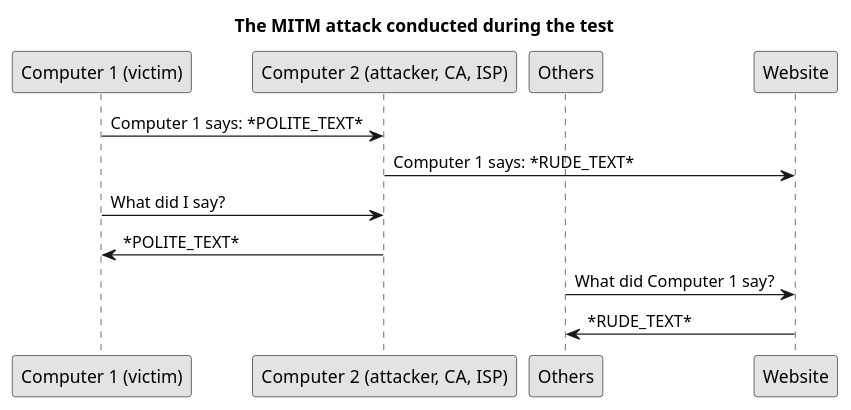
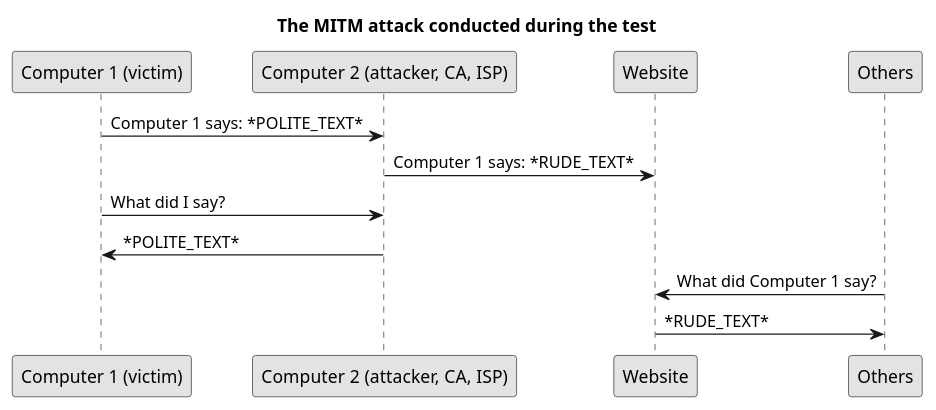
The diagram in paper/graphics/puml/mitm-attack.puml (YongBinnnnnnnnnnnnnnnnnnnnnnnnnnnnnnnnn/hood), drawn with PlantUML before and after one commit. The commit also changed other lines of this file, not shown here.

```diff
--- a/paper/graphics/puml/mitm-attack.puml
+++ b/paper/graphics/puml/mitm-attack.puml
@@ -1,20 +1,20 @@
 @startuml
 skinparam monochrome true
 skinparam shadowing false
 skinparam defaultFontName Arial
 skinparam componentStyle rectangle
 
 title The MITM attack conducted during the test
 participant "Computer 1 (victim)" as victim
 participant "Computer 2 (attacker, CA, ISP)" as attacker
+participant "Website"
 participant Others
-participant "Website"
 
 victim -> attacker: Computer 1 says: *POLITE_TEXT*
 attacker -> Website: Computer 1 says: *RUDE_TEXT*
 victim -> attacker: What did I say?
 victim <- attacker: *POLITE_TEXT*
 Others -> Website: What did Computer 1 say?
 Others <- Website: *RUDE_TEXT*
 
 @enduml
```
